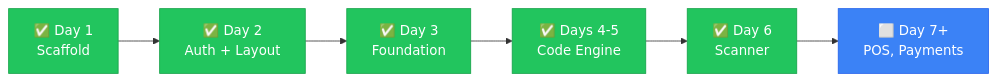
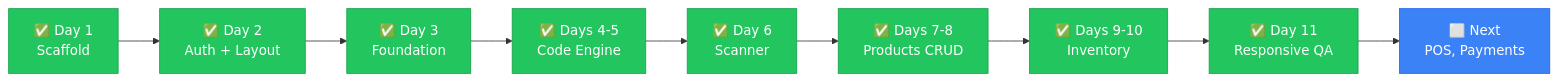
The diagram in docs/ai-collab/HANDOVER.md (nij22370/scanpay), drawn with Mermaid before and after one commit. The commit also changed other lines of this file and 6 other files, not shown here.

Commit message:
fix(responsive): add skeletons, empty states, fix overflow on products and inventory

````diff
--- a/docs/ai-collab/HANDOVER.md
+++ b/docs/ai-collab/HANDOVER.md
@@ -9,15 +9,21 @@
 ```mermaid
 graph LR
     DONE1["✅ Day 1<br/>Scaffold"] --> DONE2["✅ Day 2<br/>Auth + Layout"]
     DONE2 --> DONE3["✅ Day 3<br/>Foundation"]
     DONE3 --> DONE4["✅ Days 4-5<br/>Code Engine"]
     DONE4 --> DONE5["✅ Day 6<br/>Scanner"]
-    DONE5 --> TODO["⬜ Day 7+<br/>POS, Payments"]
+    DONE5 --> DONE7["✅ Days 7-8<br/>Products CRUD"]
+    DONE7 --> DONE9["✅ Days 9-10<br/>Inventory"]
+    DONE9 --> DONE11["✅ Day 11<br/>Responsive QA"]
+    DONE11 --> TODO["⬜ Next<br/>POS, Payments"]
 
     style DONE1 fill:#22c55e,stroke:#16a34a,color:#fff
     style DONE2 fill:#22c55e,stroke:#16a34a,color:#fff
     style DONE3 fill:#22c55e,stroke:#16a34a,color:#fff
     style DONE4 fill:#22c55e,stroke:#16a34a,color:#fff
     style DONE5 fill:#22c55e,stroke:#16a34a,color:#fff
+    style DONE7 fill:#22c55e,stroke:#16a34a,color:#fff
+    style DONE9 fill:#22c55e,stroke:#16a34a,color:#fff
+    style DONE11 fill:#22c55e,stroke:#16a34a,color:#fff
     style TODO fill:#3b82f6,stroke:#2563eb,color:#fff
 ```
````
